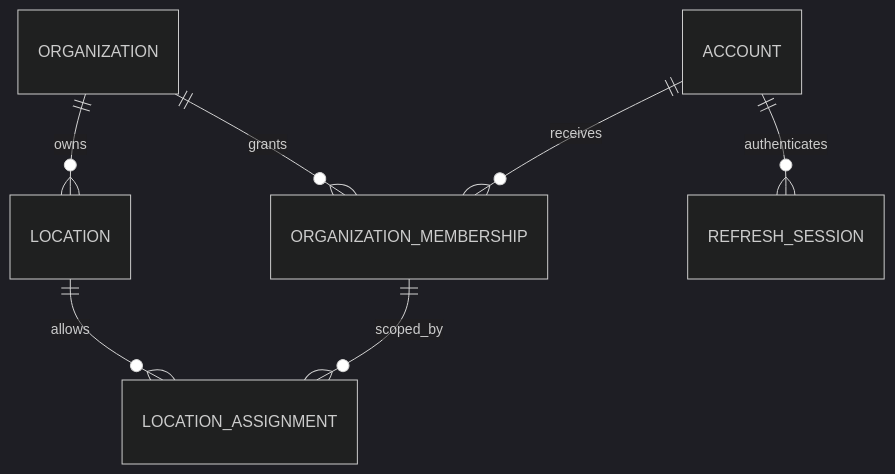
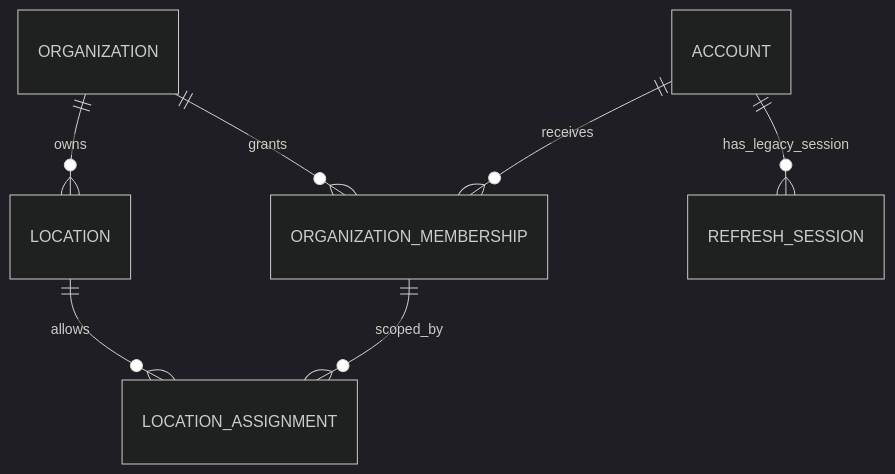
One commit to Cyrus-Krispin/bubble-tea-shop changed the first of 3 diagrams in docs/database/erd.md. Above: the diagram before and after it, drawn with Mermaid (dark theme). The commit also changed other lines of this file and 11 other files, not shown here.

````diff
--- a/docs/database/erd.md
+++ b/docs/database/erd.md
@@ -8,9 +12,9 @@
 ```mermaid
 erDiagram
     ORGANIZATION ||--o{ LOCATION : owns
     ORGANIZATION ||--o{ ORGANIZATION_MEMBERSHIP : grants
     ACCOUNT ||--o{ ORGANIZATION_MEMBERSHIP : receives
     ORGANIZATION_MEMBERSHIP ||--o{ LOCATION_ASSIGNMENT : scoped_by
     LOCATION ||--o{ LOCATION_ASSIGNMENT : allows
-    ACCOUNT ||--o{ REFRESH_SESSION : authenticates
+    ACCOUNT ||--o{ REFRESH_SESSION : has_legacy_session
 ```
````
